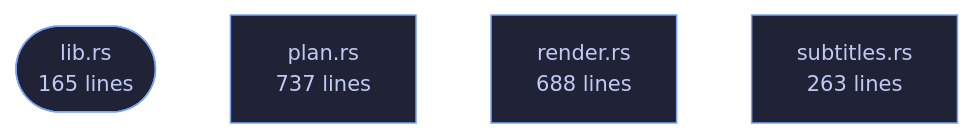
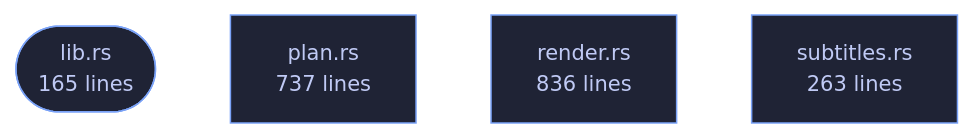
The diagram in wiki/Crate-veilvoice-conversation.md (tilas01/veilvoice), drawn with Mermaid before and after one commit. The commit also changed other lines of this file and 9 other files, not shown here.

````diff
--- a/wiki/Crate-veilvoice-conversation.md
+++ b/wiki/Crate-veilvoice-conversation.md
@@ -70,12 +70,12 @@
 ```mermaid
 %%{init: {"theme":"base","themeVariables":{"background":"#1a1b26","primaryColor":"#1f2335","primaryTextColor":"#c0caf5","primaryBorderColor":"#7aa2f7","secondaryColor":"#16161e","tertiaryColor":"#16161e","lineColor":"#737aa2","textColor":"#c0caf5","mainBkg":"#1f2335","nodeBorder":"#7aa2f7","clusterBkg":"#16161e","clusterBorder":"#2f3549","fontFamily":"ui-monospace, SFMono-Regular, Consolas, monospace","fontSize":"14px"}}}%%
 flowchart TD
     n_lib(["lib.rs<br/>165 lines"])
     n_plan["plan.rs<br/>737 lines"]
-    n_render["render.rs<br/>688 lines"]
+    n_render["render.rs<br/>836 lines"]
     n_subtitles["subtitles.rs<br/>263 lines"]
     click n_lib href "https://github.com/tilas01/veilvoice/blob/main/crates/veilvoice-conversation/src/lib.rs" "open the source"
     click n_plan href "https://github.com/tilas01/veilvoice/blob/main/crates/veilvoice-conversation/src/plan.rs" "open the source"
     click n_render href "https://github.com/tilas01/veilvoice/blob/main/crates/veilvoice-conversation/src/render.rs" "open the source"
     click n_subtitles href "https://github.com/tilas01/veilvoice/blob/main/crates/veilvoice-conversation/src/subtitles.rs" "open the source"
 ```
````
